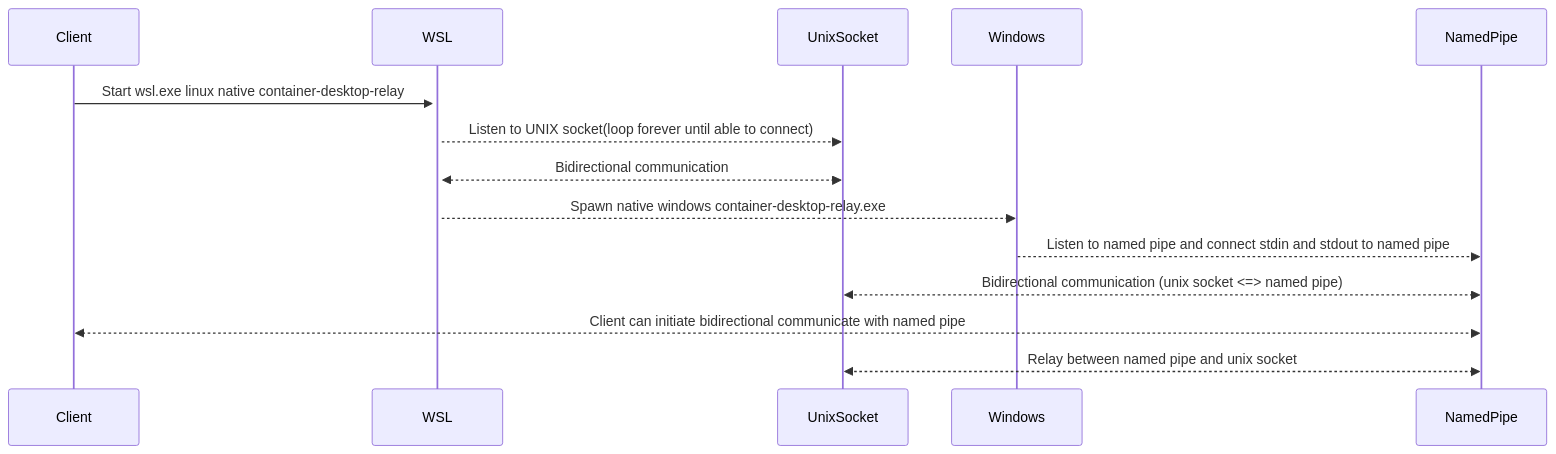
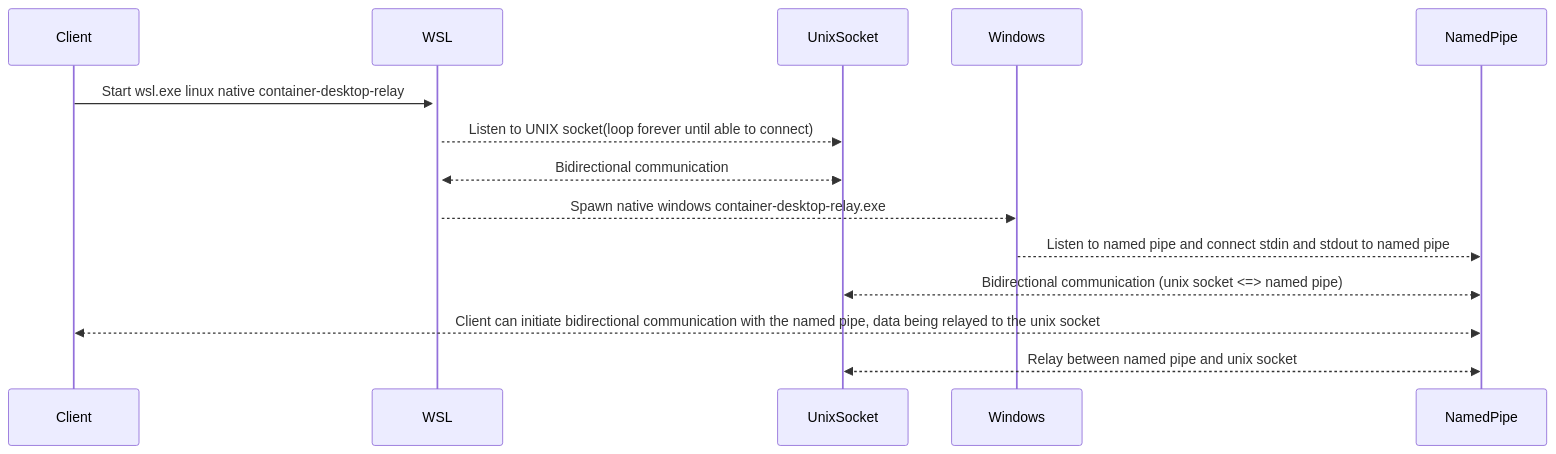
One commit to iongion/container-desktop-wsl-relay changed the diagram in README.md. Above: the diagram before and after it, drawn with Mermaid.

Commit message:
Improve docs

````diff
--- a/README.md
+++ b/README.md
@@ -14,11 +14,11 @@
 ```mermaid
 sequenceDiagram
     Client->>+WSL: Start wsl.exe linux native container-desktop-relay
     WSL-->>UnixSocket: Listen to UNIX socket(loop forever until able to connect)
     UnixSocket<<-->>WSL: Bidirectional communication
     WSL-->>Windows: Spawn native windows container-desktop-relay.exe
     Windows-->>NamedPipe: Listen to named pipe and connect stdin and stdout to named pipe
     NamedPipe<<-->>UnixSocket: Bidirectional communication (unix socket <=> named pipe)
-    Client<<-->>NamedPipe: Client can initiate bidirectional communicate with named pipe
+    Client<<-->>NamedPipe: Client can initiate bidirectional communication with the named pipe, data being relayed to the unix socket
     NamedPipe<<-->>UnixSocket: Relay between named pipe and unix socket
 ```
````
